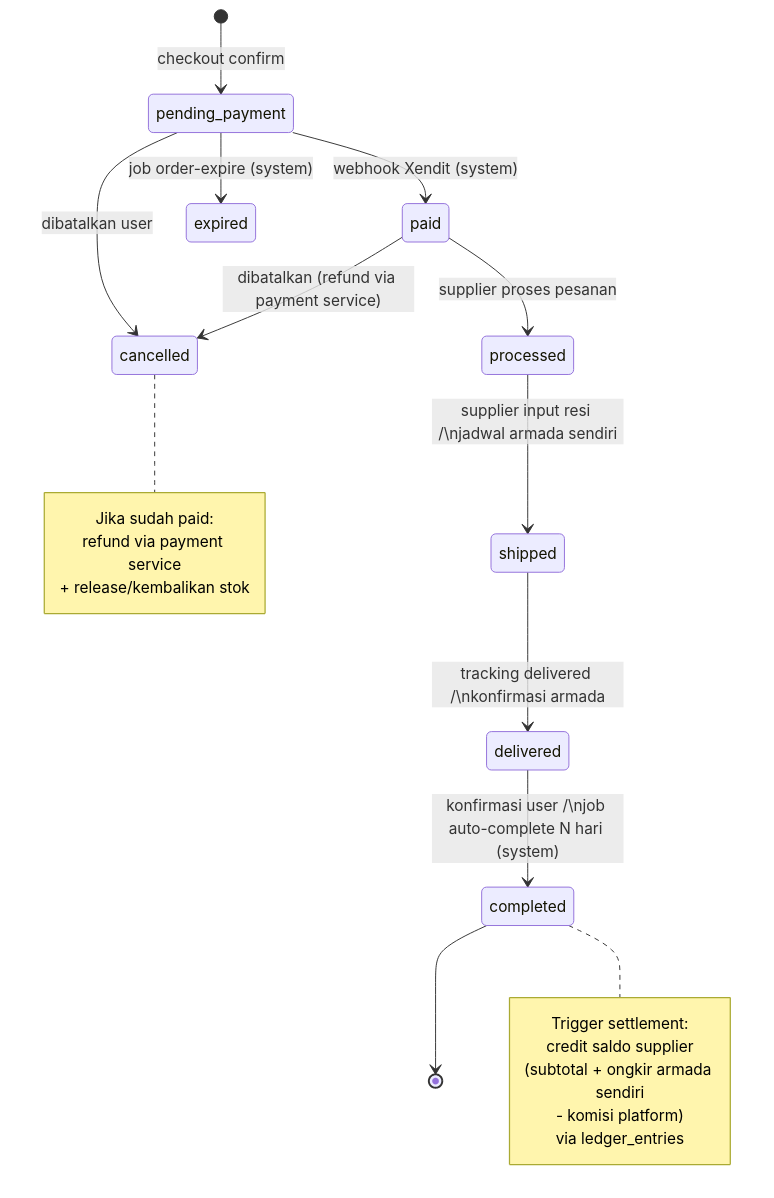
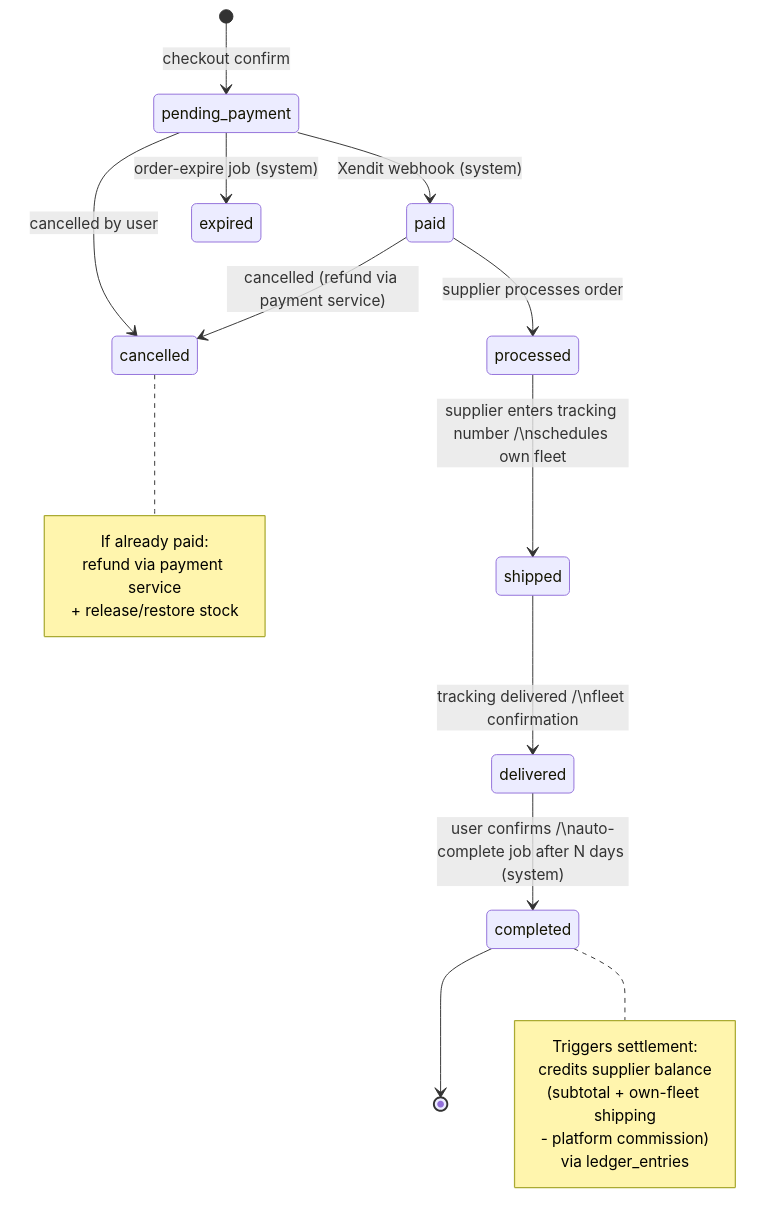
The seventh of 10 diagrams in docs/erd.md (erdinhrmwn/bangunin-project), drawn with Mermaid before and after one commit. The commit also changed other lines of this file and 2 other files, not shown here.

First line of the commit message:
docs: translate erd, requirements, struktur-project to English

````diff
--- a/docs/erd.md
+++ b/docs/erd.md
@@ -440,27 +440,27 @@
 ```mermaid
 stateDiagram-v2
     [*] --> pending_payment : checkout confirm
-    pending_payment --> paid : webhook Xendit (system)
-    pending_payment --> expired : job order-expire (system)
-    pending_payment --> cancelled : dibatalkan user
-    paid --> processed : supplier proses pesanan
-    paid --> cancelled : dibatalkan (refund via payment service)
-    processed --> shipped : supplier input resi /\njadwal armada sendiri
-    shipped --> delivered : tracking delivered /\nkonfirmasi armada
-    delivered --> completed : konfirmasi user /\njob auto-complete N hari (system)
+    pending_payment --> paid : Xendit webhook (system)
+    pending_payment --> expired : order-expire job (system)
+    pending_payment --> cancelled : cancelled by user
+    paid --> processed : supplier processes order
+    paid --> cancelled : cancelled (refund via payment service)
+    processed --> shipped : supplier enters tracking number /\nschedules own fleet
+    shipped --> delivered : tracking delivered /\nfleet confirmation
+    delivered --> completed : user confirms /\nauto-complete job after N days (system)
     completed --> [*]
 
     note right of completed
-        Trigger settlement:
-        credit saldo supplier
-        (subtotal + ongkir armada sendiri
-        - komisi platform)
+        Triggers settlement:
+        credits supplier balance
+        (subtotal + own-fleet shipping
+        - platform commission)
         via ledger_entries
     end note
 
     note right of cancelled
-        Jika sudah paid:
+        If already paid:
         refund via payment service
-        + release/kembalikan stok
+        + release/restore stock
     end note
 ```
````
